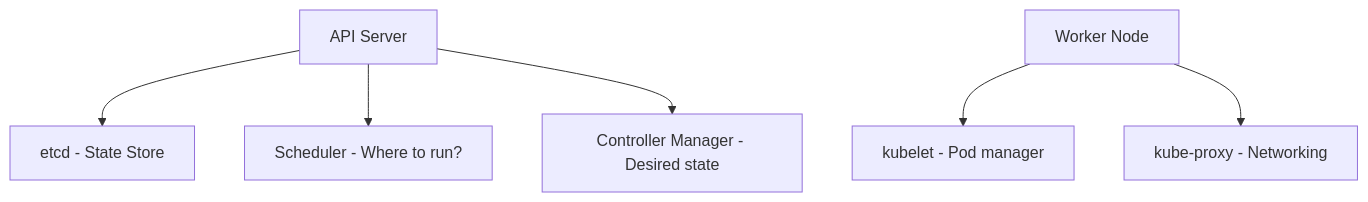
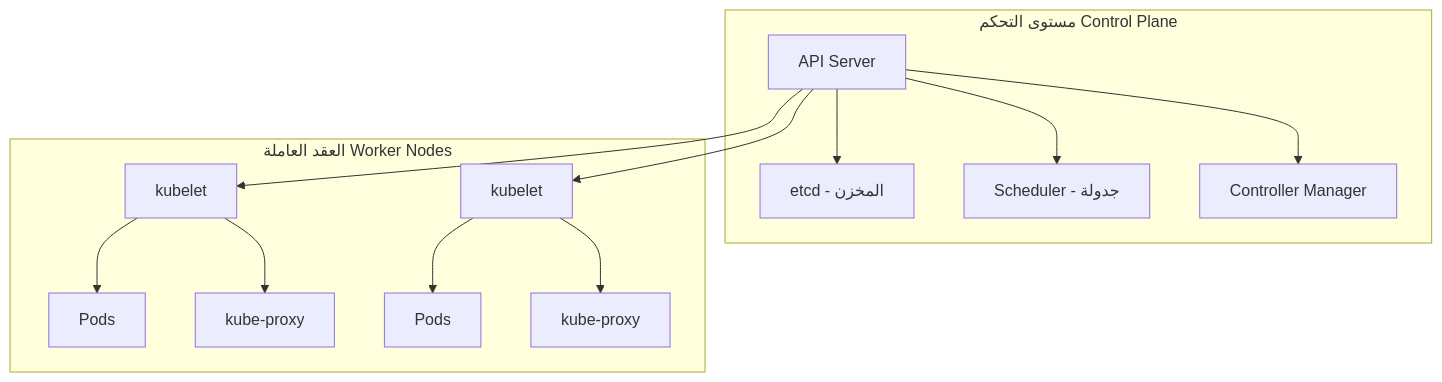
One commit to apexdataro-Fin/AEP changed the diagram in docs/lessons/10-kubernetes/01-kubernetes-architecture.md. Above: the diagram before and after it, drawn with Mermaid. The commit also changed other lines of this file and 32 other files, not shown here.

````diff
--- a/docs/lessons/10-kubernetes/01-kubernetes-architecture.md
+++ b/docs/lessons/10-kubernetes/01-kubernetes-architecture.md
@@ -20,8 +26,16 @@
 ```mermaid
 graph TD
-    API[API Server] --> ETCD[etcd - State Store]
-    API --> SCHED[Scheduler - Where to run?]
-    API --> CM[Controller Manager - Desired state]
-    NODE[Worker Node] --> KUBELET[kubelet - Pod manager]
-    NODE --> PROXY[kube-proxy - Networking]
+    subgraph "مستوى التحكم Control Plane"
+        API[API Server] --> ETCD[etcd - المخزن]
+        API --> SCHED[Scheduler - جدولة]
+        API --> CM[Controller Manager]
+    end
+    subgraph "العقد العاملة Worker Nodes"
+        N1[kubelet] --> P1[Pods]
+        N1 --> KP1[kube-proxy]
+        N2[kubelet] --> P2[Pods]
+        N2 --> KP2[kube-proxy]
+    end
+    API --> N1
+    API --> N2
 ```
````
